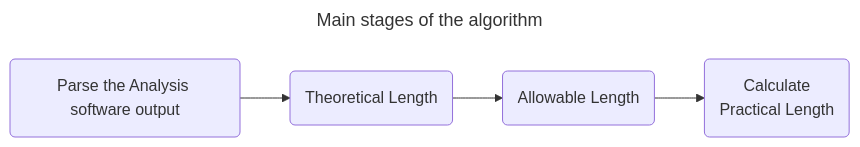
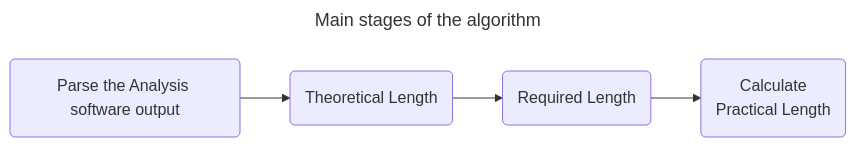
One commit to OPTiBAR/OPTiBAR changed the diagram in docs/source/explanation/intro.md. Above: the diagram before and after it, drawn with Mermaid. The commit also changed other lines of this file and 1 other file, not shown here.

First line of the commit message:
Use theoretical / required / practical naming in the docs

````diff
--- a/docs/source/explanation/intro.md
+++ b/docs/source/explanation/intro.md
@@ -41,7 +41,7 @@
 ```{mermaid}
     ---
     title: Main stages of the algorithm
     ---
     flowchart LR
-        id1(Parse the Analysis software output) --> id2(Theoretical Length) --> id3(Allowable Length) --> id4(Calculate <br>Practical Length)
+        id1(Parse the Analysis software output) --> id2(Theoretical Length) --> id3(Required Length) --> id4(Calculate <br>Practical Length)
 ```
````
